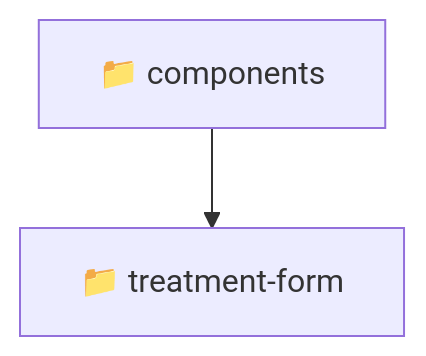
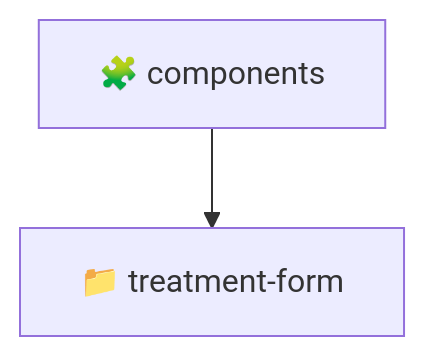
The diagram in frontend/src/pages/treatments/components/README.md (beginwebdev2002/fullstack-mavluda), drawn with Mermaid before and after one commit. The commit also changed other lines of this file and 163 other files, not shown here.

````diff
--- a/frontend/src/pages/treatments/components/README.md
+++ b/frontend/src/pages/treatments/components/README.md
@@ -11,5 +10,5 @@
 ```mermaid
 graph TD
-  components[📁 components]
-  components --> components_treatment_form[📁 treatment-form]
+  Root["🧩 components"]
+  Root --> treatmentform["📁 treatment-form"]
 ```
````
